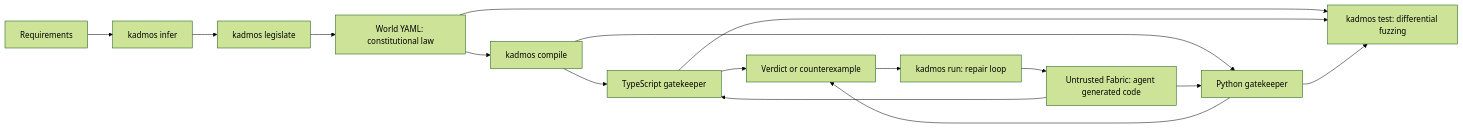
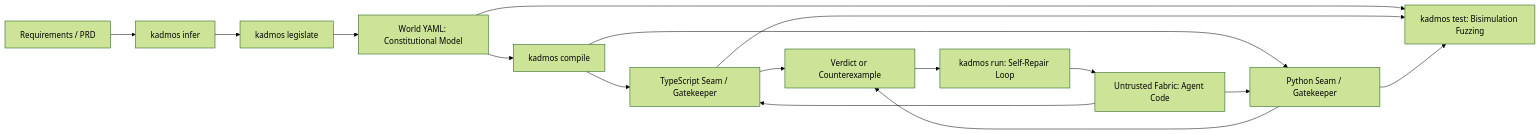
The diagram in README.md (substratum-labs/kadmos), drawn with Mermaid (forest theme) before and after one commit. The commit also changed other lines of this file, not shown here.

Commit message:
docs: restructure README around model-first agent paradigm and open challenges

````diff
--- a/README.md
+++ b/README.md
@@ -19,18 +29,18 @@
 ```mermaid
 flowchart LR
-    P[Requirements] --> I[kadmos infer]
+    P[Requirements / PRD] --> I[kadmos infer]
     I --> L[kadmos legislate]
-    L --> W[World YAML: constitutional law]
+    L --> W[World YAML: Constitutional Model]
     W --> C[kadmos compile]
-    C --> T[TypeScript gatekeeper]
-    C --> Y[Python gatekeeper]
-    F[Untrusted Fabric: agent generated code] --> T
+    C --> T[TypeScript Seam / Gatekeeper]
+    C --> Y[Python Seam / Gatekeeper]
+    F[Untrusted Fabric: Agent Code] --> T
     F --> Y
-    T --> V[Verdict or counterexample]
+    T --> V[Verdict or Counterexample]
     Y --> V
-    V --> R[kadmos run: repair loop]
+    V --> R[kadmos run: Self-Repair Loop]
     R --> F
-    W --> X[kadmos test: differential fuzzing]
+    W --> X[kadmos test: Bisimulation Fuzzing]
     T --> X
     Y --> X
 ```
````
